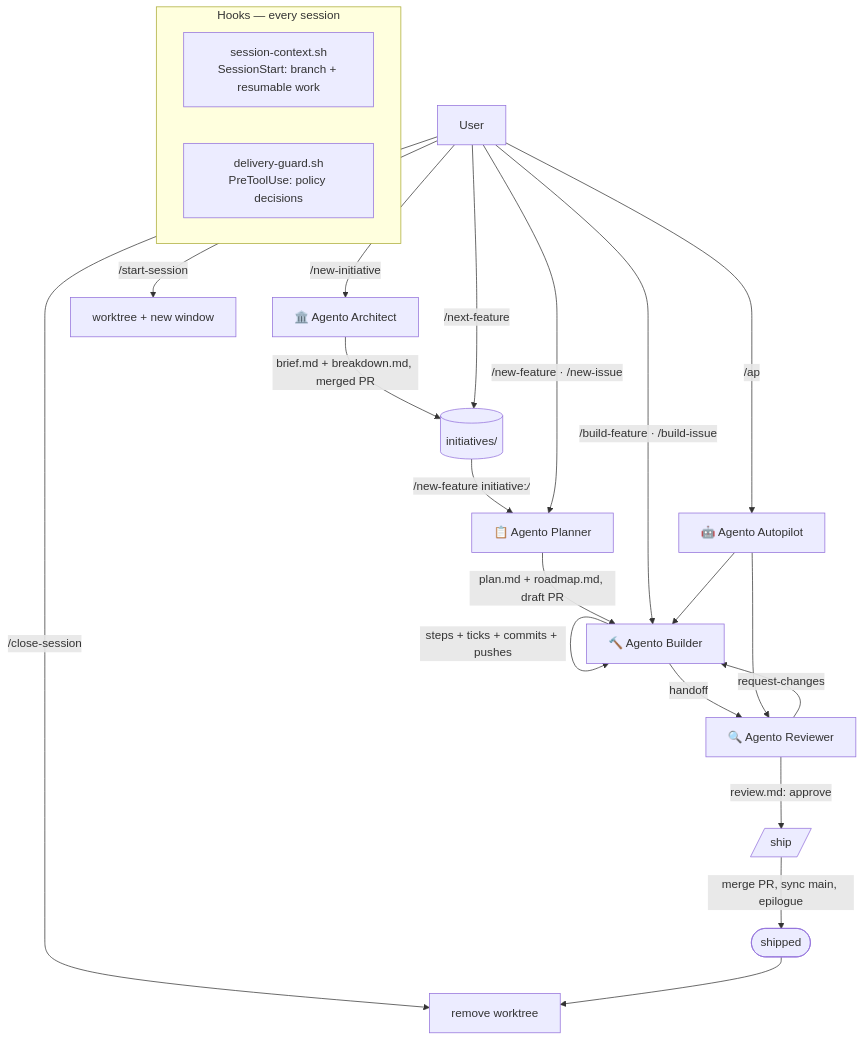
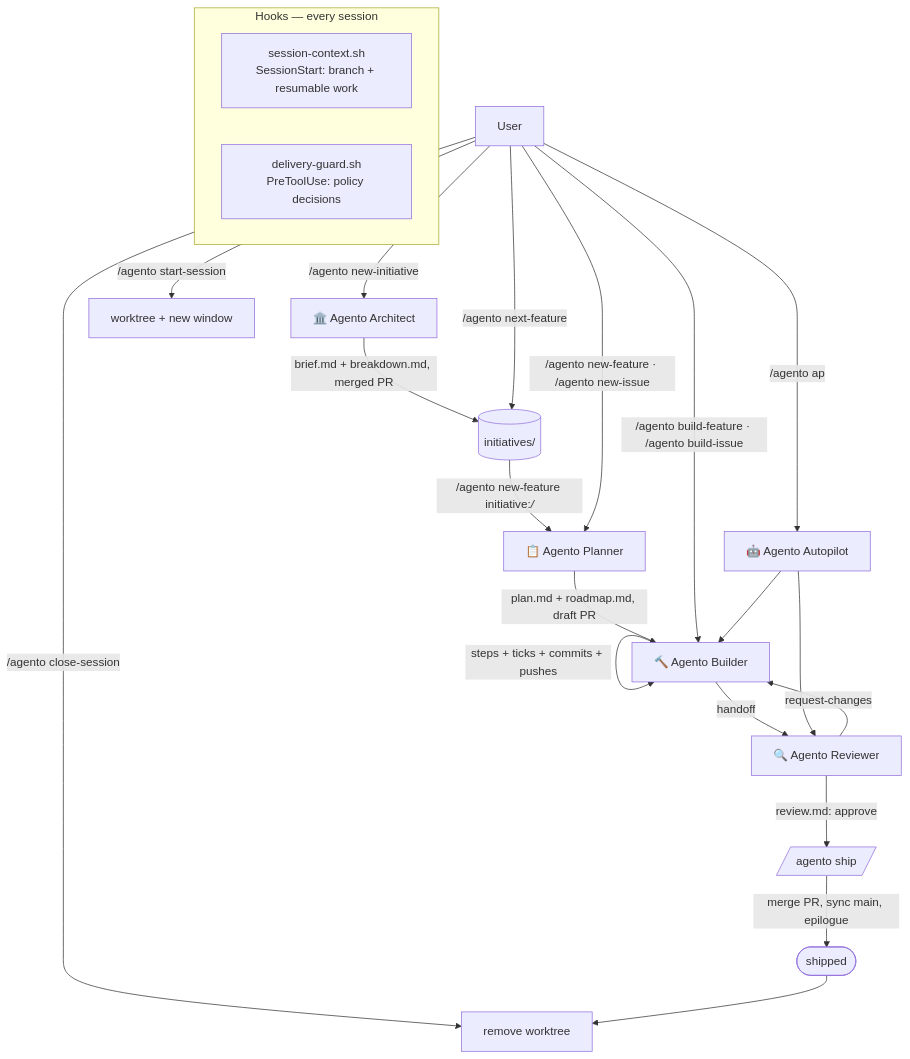
The diagram in docs/architecture.md (david-perry-software/agento), drawn with Mermaid before and after one commit. The commit also changed 44 other files, not shown here.

````diff
--- a/docs/architecture.md
+++ b/docs/architecture.md
@@ -3,26 +3,26 @@
 ```mermaid
 flowchart TD
-    U[User] -->|"/new-initiative"| A[🏛️ Agento Architect]
+    U[User] -->|"/agento new-initiative"| A[🏛️ Agento Architect]
     A -->|"brief.md + breakdown.md, merged PR"| INIT[(initiatives/)]
-    U -->|"/next-feature"| INIT
-    INIT -->|"/new-feature initiative:<i>/<f>"| P
-    U -->|"/start-session"| SS[worktree + new window]
-    U -->|"/new-feature · /new-issue"| P[📋 Agento Planner]
+    U -->|"/agento next-feature"| INIT
+    INIT -->|"/agento new-feature initiative:<i>/<f>"| P
+    U -->|"/agento start-session"| SS[worktree + new window]
+    U -->|"/agento new-feature · /agento new-issue"| P[📋 Agento Planner]
     P -->|plan.md + roadmap.md, draft PR| B
-    U -->|"/build-feature · /build-issue"| B[🔨 Agento Builder]
+    U -->|"/agento build-feature · /agento build-issue"| B[🔨 Agento Builder]
     B -->|"steps + ticks + commits + pushes"| B
     B -->|handoff| R[🔍 Agento Reviewer]
-    R -->|review.md: approve| SHIP[/ship/]
+    R -->|review.md: approve| SHIP[/agento ship/]
     R -->|request-changes| B
-    U -->|"/ap"| AP[🤖 Agento Autopilot]
+    U -->|"/agento ap"| AP[🤖 Agento Autopilot]
     AP --> B
     AP --> R
     SHIP -->|merge PR, sync main, epilogue| DONE([shipped])
-    U -->|"/close-session"| CLOSE[remove worktree]
+    U -->|"/agento close-session"| CLOSE[remove worktree]
     DONE --> CLOSE
 
     subgraph hooks [Hooks — every session]
         SC[session-context.sh<br/>SessionStart: branch + resumable work]
         DG[delivery-guard.sh<br/>PreToolUse: policy decisions]
     end
 ```
````
